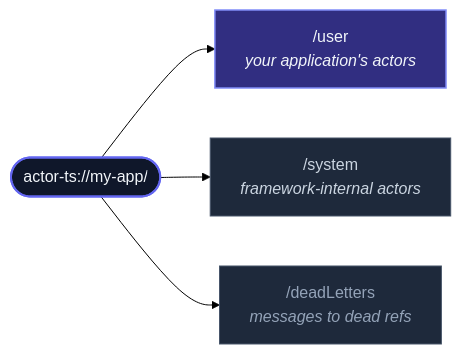
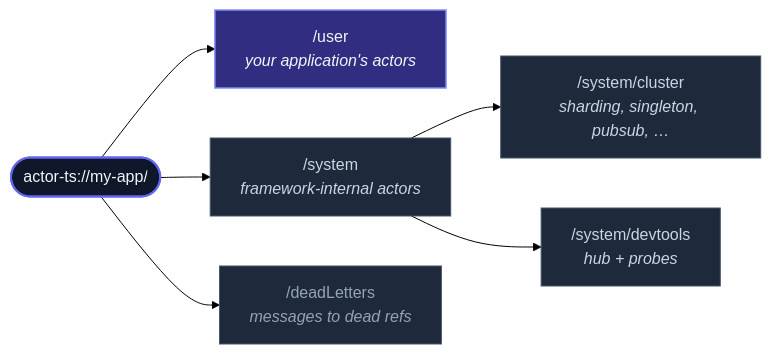
One commit to pathosDev/actor-ts changed the diagram in docs/src/content/docs/fundamentals/actor-system.mdx. Above: the diagram before and after it, drawn with Mermaid (forest theme). The commit also changed other lines of this file and 22 other files, not shown here.

````diff
--- a/docs/src/content/docs/fundamentals/actor-system.mdx
+++ b/docs/src/content/docs/fundamentals/actor-system.mdx
@@ -125,18 +125,22 @@
 ```mermaid
 flowchart LR
   ROOT(["actor-ts://my-app/"])
   USER["/user<br/><i>your application's actors</i>"]
   SYS["/system<br/><i>framework-internal actors</i>"]
   DEAD["/deadLetters<br/><i>messages to dead refs</i>"]
+  CLU["/system/cluster<br/><i>sharding, singleton, pubsub, …</i>"]
+  DT["/system/devtools<br/><i>hub + probes</i>"]
   ROOT --> USER
   ROOT --> SYS
   ROOT --> DEAD
+  SYS --> CLU
+  SYS --> DT
   classDef root  fill:#0f172a,stroke:#6366f1,stroke-width:2px,color:#f1f5f9;
   classDef user  fill:#312e81,stroke:#818cf8,stroke-width:1.5px,color:#f1f5f9;
   classDef sys   fill:#1e293b,stroke:#475569,color:#cbd5e1;
   classDef dead  fill:#1e293b,stroke:#475569,color:#94a3b8;
   class ROOT root
   class USER user
-  class SYS sys
+  class SYS,CLU,DT sys
   class DEAD dead
 ```
````
